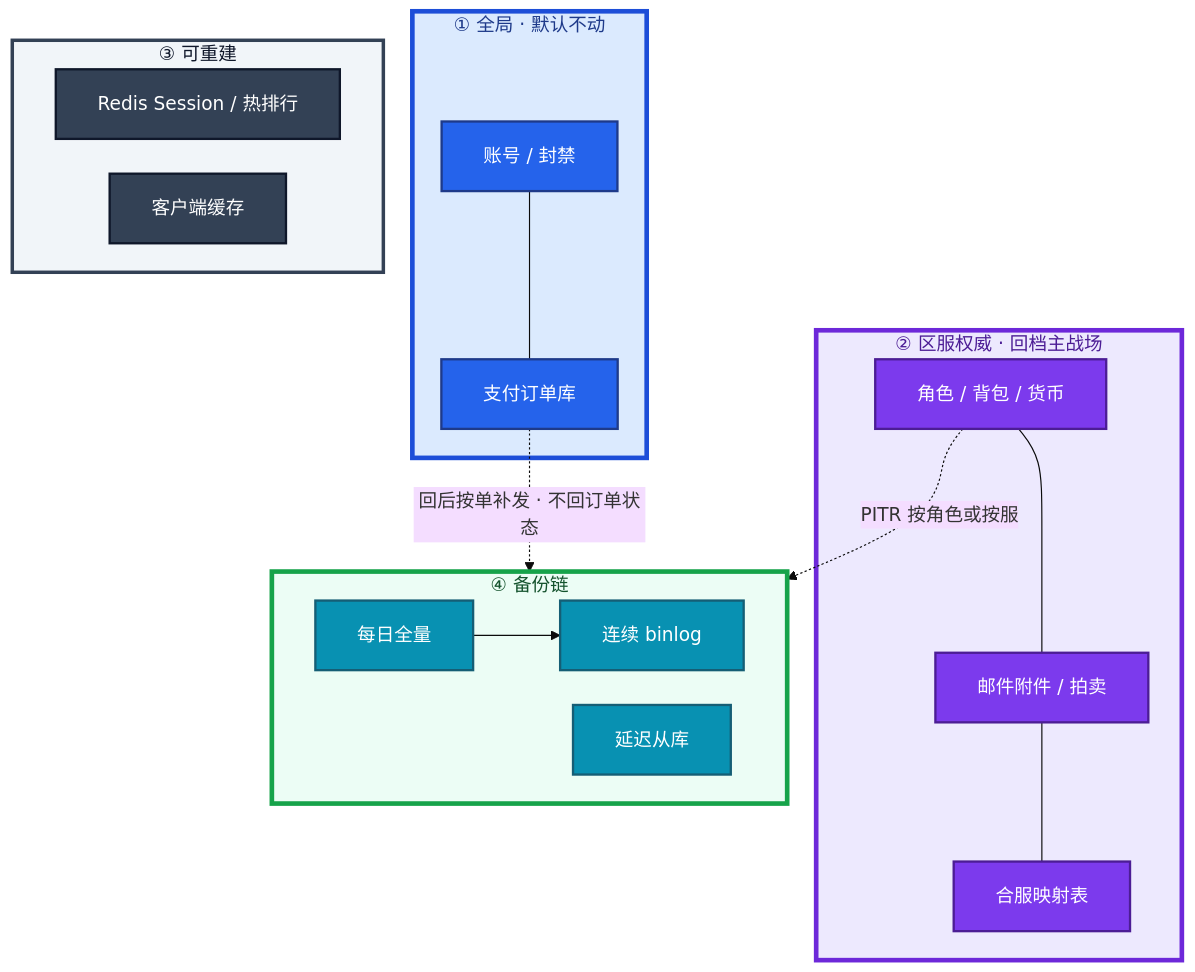
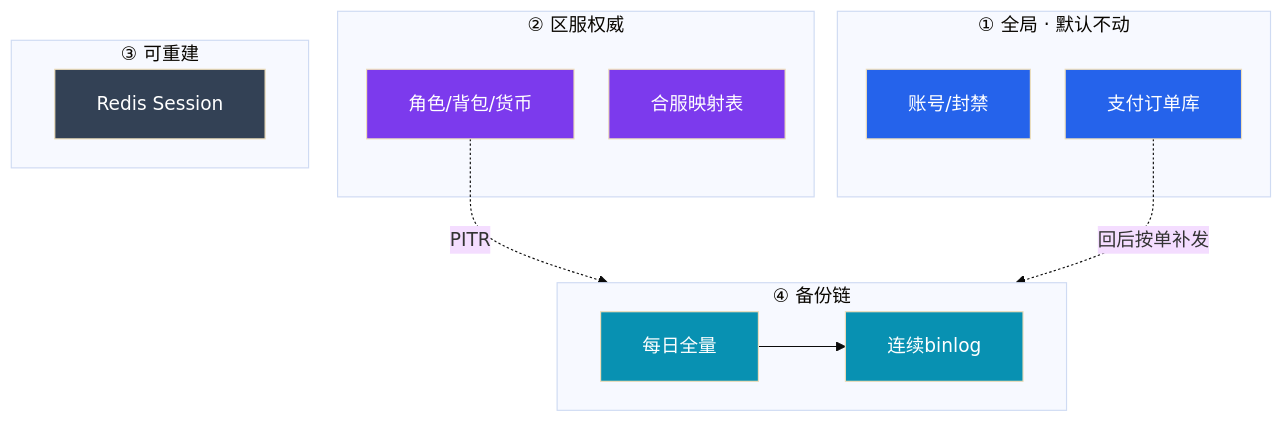
Before and after one commit to ml-cuizijun/LearnToLilith: the second of 2 diagrams in 08-游戏运维专题/07-玩家数据备份与回档/知识点.md, drawn with Mermaid. The commit also changed other lines of this file and 213 other files, not shown here.

````diff
--- a/08-游戏运维专题/07-玩家数据备份与回档/知识点.md
+++ b/08-游戏运维专题/07-玩家数据备份与回档/知识点.md
@@ -90,45 +64,25 @@
 ```mermaid
 %%{init: {"flowchart": {"padding": 18, "nodeSpacing": 30, "rankSpacing": 50}, "theme": "base"}}%%
 flowchart TB
     subgraph global ["① 全局 · 默认不动"]
-        acct[账号 / 封禁]
+        acct[账号/封禁]
         pay[支付订单库]
-        acct --- pay
     end
-
-    subgraph zone ["② 区服权威 · 回档主战场"]
-        role[角色 / 背包 / 货币]
-        mail[邮件附件 / 拍卖]
+    subgraph zone ["② 区服权威"]
+        role[角色/背包/货币]
         map[合服映射表]
-        role --- mail --- map
     end
-
     subgraph hot ["③ 可重建"]
-        redis[Redis Session / 热排行]
-        cache[客户端缓存]
+        redis[Redis Session]
     end
-
     subgraph backup ["④ 备份链"]
-        full[每日全量]
-        bin[连续 binlog]
-        delayed[延迟从库]
-        full --> bin
+        full[每日全量] --> bin[连续binlog]
     end
-
-    role -.->|"PITR 按角色或按服"| backup
-    pay -.->|"回后按单补发 · 不回订单状态"| backup
-
-    classDef glob fill:#2563EB,stroke:#1E3A8A,stroke-width:2px,color:#fff
-    classDef zoneN fill:#7C3AED,stroke:#4C1D95,stroke-width:2px,color:#fff
-    classDef hotN fill:#334155,stroke:#0F172A,stroke-width:2px,color:#fff
-    classDef bak fill:#0891B2,stroke:#155E75,stroke-width:2px,color:#fff
-    class acct,pay glob
-    class role,mail,map zoneN
-    class redis,cache hotN
-    class full,bin,delayed bak
-
-    style global fill:#DBEAFE,stroke:#1D4ED8,stroke-width:4px,color:#1E3A8A
-    style zone fill:#EDE9FE,stroke:#6D28D9,stroke-width:4px,color:#4C1D95
-    style hot fill:#F1F5F9,stroke:#334155,stroke-width:3px,color:#0F172A
-    style backup fill:#ECFDF5,stroke:#16A34A,stroke-width:4px,color:#14532D
+    role -.->|PITR| backup
+    pay -.->|回后按单补发| backup
+    classDef glob fill:#2563EB,color:#fff
+    classDef zoneN fill:#7C3AED,color:#fff
+    classDef hotN fill:#334155,color:#fff
+    classDef bak fill:#0891B2,color:#fff
+    class acct,pay glob; class role,map zoneN; class redis hotN; class full,bin bak
 ```
````
